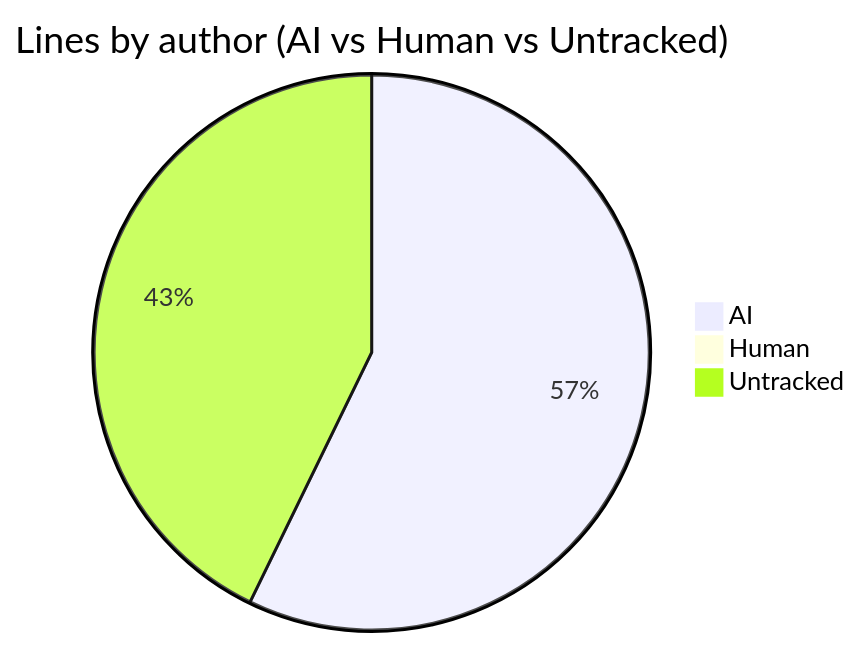
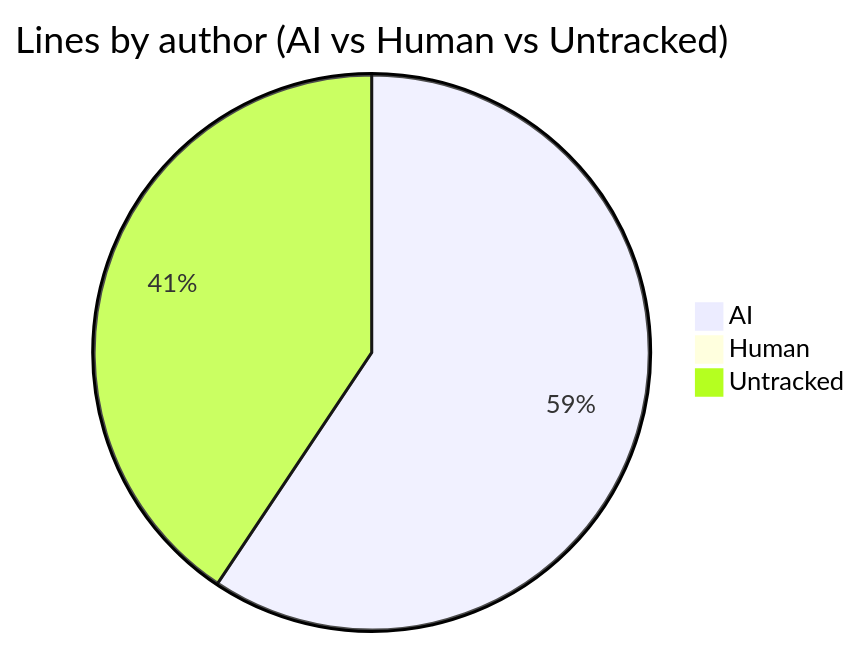
The first of 2 diagrams in AI-AUTHORSHIP.md (CaliMark/ai-authorship), drawn with Mermaid before and after one commit. The commit also changed other lines of this file and 1 other file, not shown here.

````diff
--- a/AI-AUTHORSHIP.md
+++ b/AI-AUTHORSHIP.md
@@ -19,6 +19,6 @@
 ```mermaid
 pie title Lines by author (AI vs Human vs Untracked)
-    "AI" : 2085
+    "AI" : 2282
     "Human" : 0
-    "Untracked" : 1559
+    "Untracked" : 1562
 ```
````
